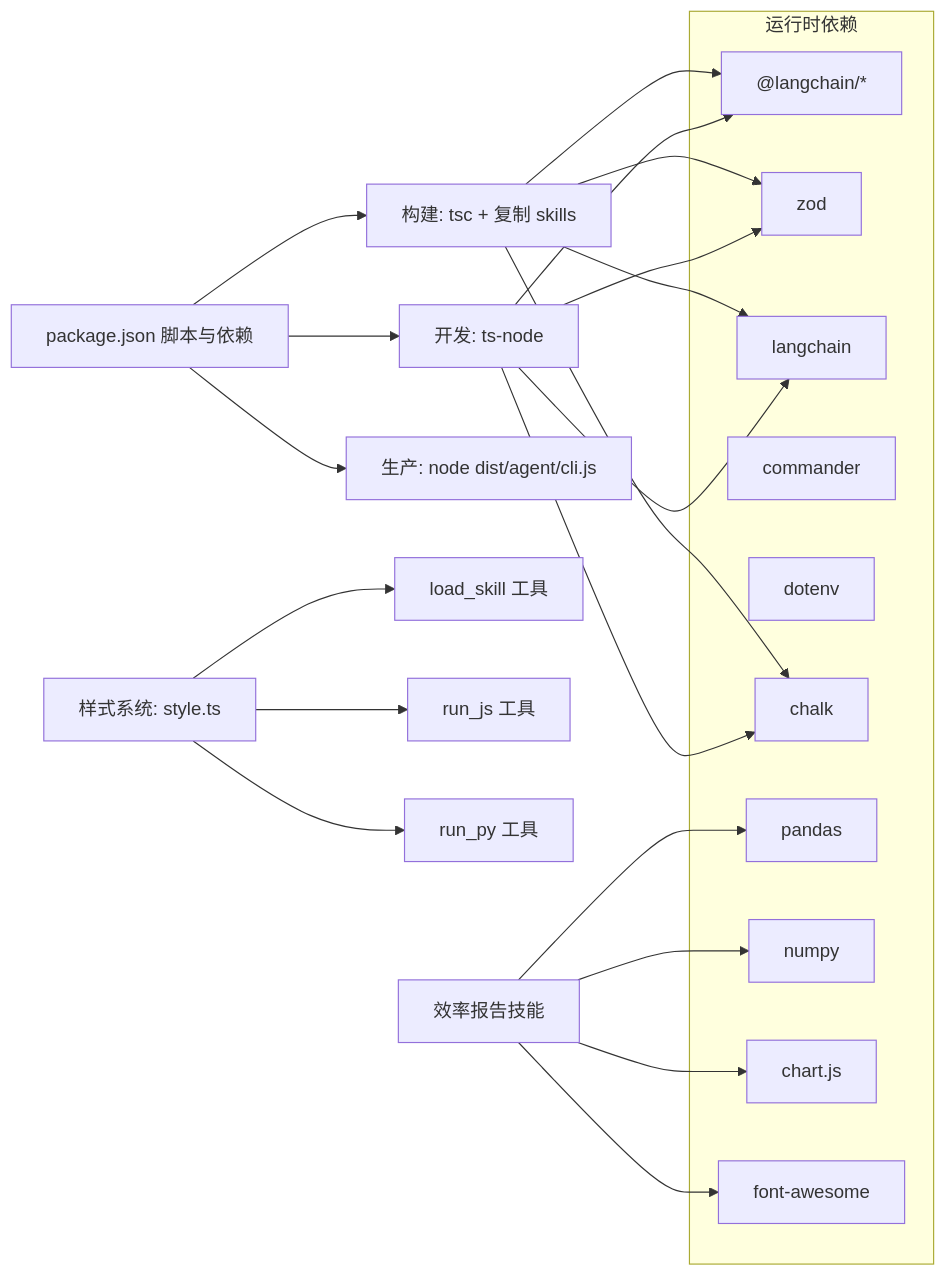
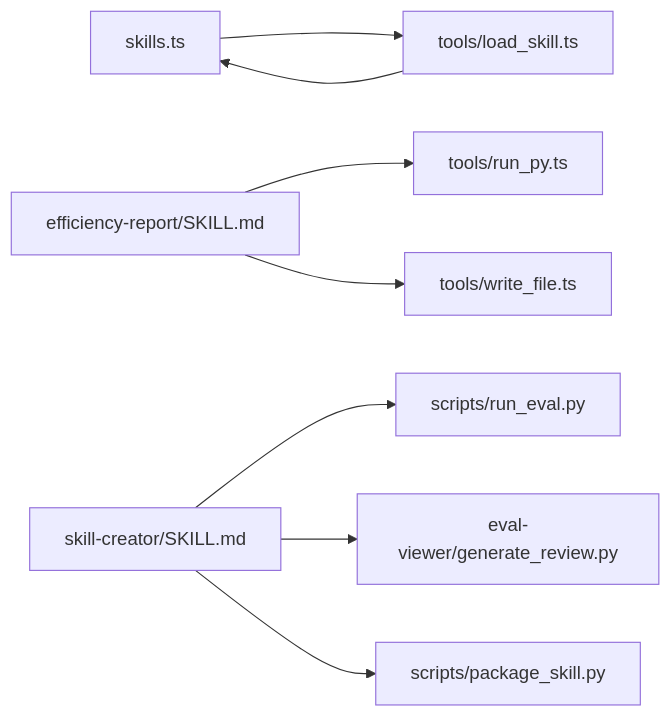
The eighth of 8 diagrams in .qoder/repowiki/zh/content/技能系统/技能系统.md (HAOFUYANG/onion-code), drawn with Mermaid before and after one commit. The commit also changed other lines of this file and 58 other files, not shown here.

````diff
--- a/.qoder/repowiki/zh/content/技能系统/技能系统.md
+++ b/.qoder/repowiki/zh/content/技能系统/技能系统.md
@@ -453,42 +304,10 @@
 ```mermaid
 graph LR
-Pkg["package.json 脚本与依赖"]
-Build["构建: tsc + 复制 skills"]
-Dev["开发: ts-node"]
-Start["生产: node dist/agent/cli.js"]
-Pkg --> Build
-Pkg --> Dev
-Pkg --> Start
-subgraph "运行时依赖"
-LC["@langchain/*"]
-Zod["zod"]
-Langchain["langchain"]
-Cmd["commander"]
-Dotenv["dotenv"]
-Chalk["chalk"]
-Pandas["pandas"]
-Numpy["numpy"]
-ChartJS["chart.js"]
-FontAwesome["font-awesome"]
-end
-Build --> LC
-Build --> Zod
-Build --> Langchain
-Build --> Chalk
-Dev --> LC
-Dev --> Zod
-Dev --> Langchain
-Dev --> Chalk
-Style["样式系统: style.ts"]
-LoadSkill["load_skill 工具"]
-RunJS["run_js 工具"]
-RunPy["run_py 工具"]
-Style --> LoadSkill
-Style --> RunJS
-Style --> RunPy
-EfficiencyReport["效率报告技能"]
-EfficiencyReport --> Pandas
-EfficiencyReport --> Numpy
-EfficiencyReport --> ChartJS
-EfficiencyReport --> FontAwesome
+skills_ts["skills.ts"] --> load_skill_ts["tools/load_skill.ts"]
+load_skill_ts --> skills_ts
+eff_skill["efficiency-report/SKILL.md"] --> run_py["tools/run_py.ts"]
+eff_skill --> write_file["tools/write_file.ts"]
+skill_creator["skill-creator/SKILL.md"] --> run_eval["scripts/run_eval.py"]
+skill_creator --> review["eval-viewer/generate_review.py"]
+skill_creator --> pkg["scripts/package_skill.py"]
 ```
````
